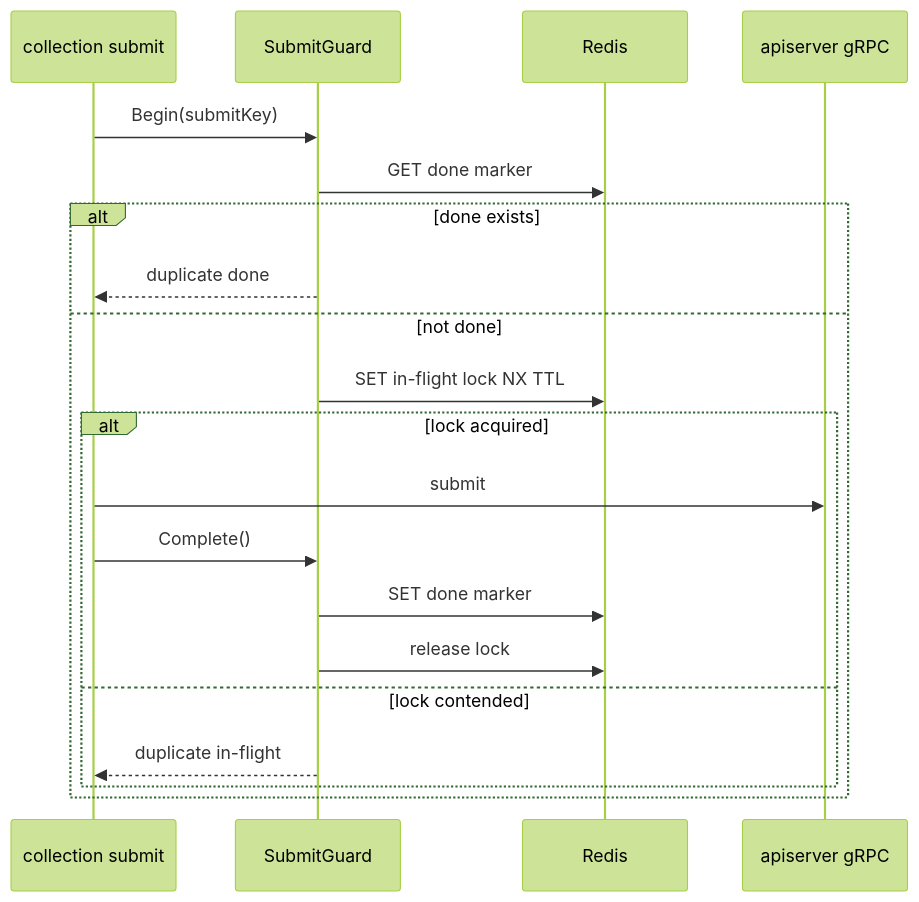
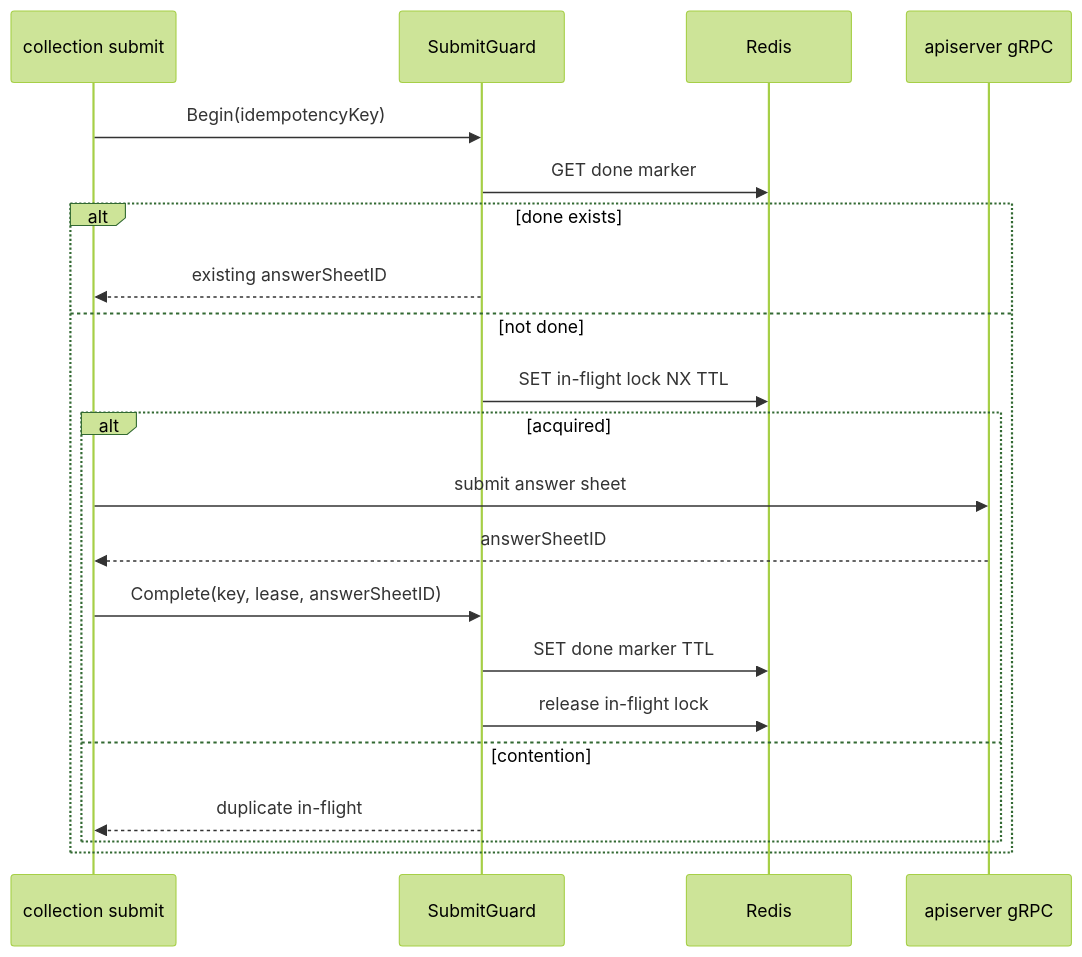
One commit to FangcunMount/qs-server changed the fourth of 4 diagrams in docs/03-基础设施/redis/06-Redis分布式锁层.md. Above: the diagram before and after it, drawn with Mermaid (forest theme). The commit also changed other lines of this file and 10 other files, not shown here.

````diff
--- a/docs/03-基础设施/redis/06-Redis分布式锁层.md
+++ b/docs/03-基础设施/redis/06-Redis分布式锁层.md
@@ -63,23 +360,24 @@
 ```mermaid
 sequenceDiagram
     participant API as collection submit
     participant G as SubmitGuard
     participant R as Redis
     participant Up as apiserver gRPC
 
-    API->>G: Begin(submitKey)
+    API->>G: Begin(idempotencyKey)
     G->>R: GET done marker
     alt done exists
-        G-->>API: duplicate done
+        G-->>API: existing answerSheetID
     else not done
         G->>R: SET in-flight lock NX TTL
-        alt lock acquired
-            API->>Up: submit
-            API->>G: Complete()
-            G->>R: SET done marker
-            G->>R: release lock
-        else lock contended
+        alt acquired
+            API->>Up: submit answer sheet
+            Up-->>API: answerSheetID
+            API->>G: Complete(key, lease, answerSheetID)
+            G->>R: SET done marker TTL
+            G->>R: release in-flight lock
+        else contention
             G-->>API: duplicate in-flight
         end
     end
 ```
````
